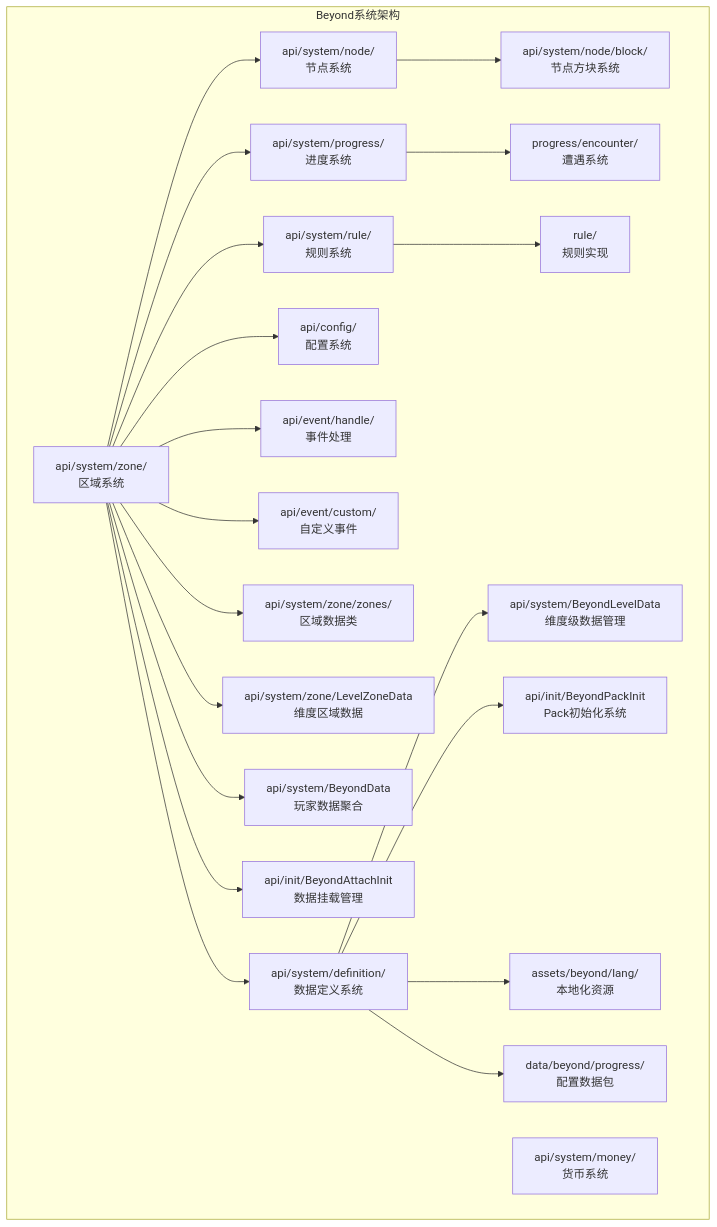
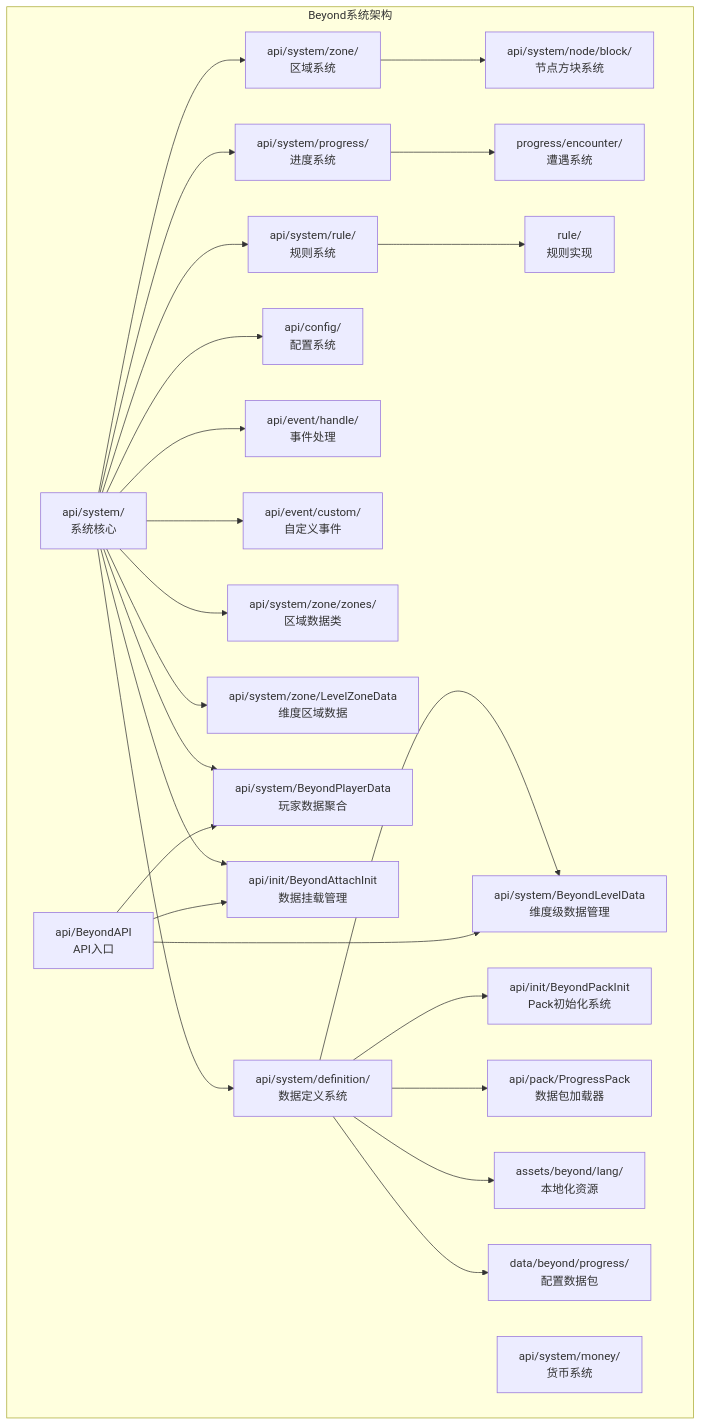
One commit to Ver-shift/SubModulesGeneHunter changed the first of 11 diagrams in .qoder/repowiki/zh/content/模块架构/Beyond安全区模块/Beyond安全区模块.md. Above: the diagram before and after it, drawn with Mermaid. The commit also changed other lines of this file and 61 other files, not shown here.

````diff
--- a/.qoder/repowiki/zh/content/模块架构/Beyond安全区模块/Beyond安全区模块.md
+++ b/.qoder/repowiki/zh/content/模块架构/Beyond安全区模块/Beyond安全区模块.md
@@ -95,43 +74,49 @@
 ```mermaid
 graph TB
 subgraph "Beyond系统架构"
-A["api/system/zone/<br/>区域系统"]
-B["api/system/node/<br/>节点系统"]
+A["api/system/<br/>系统核心"]
+B["api/system/zone/<br/>区域系统"]
 C["api/system/progress/<br/>进度系统"]
 D["api/system/rule/<br/>规则系统"]
 E["api/system/money/<br/>货币系统"]
 F["api/system/node/block/<br/>节点方块系统"]
 G["progress/encounter/<br/>遭遇系统"]
 H["rule/<br/>规则实现"]
 I["api/config/<br/>配置系统"]
 J["api/event/handle/<br/>事件处理"]
 K["api/event/custom/<br/>自定义事件"]
 L["api/system/zone/zones/<br/>区域数据类"]
 M["api/system/zone/LevelZoneData<br/>维度区域数据"]
-N["api/system/BeyondData<br/>玩家数据聚合"]
+N["api/system/BeyondPlayerData<br/>玩家数据聚合"]
 O["api/init/BeyondAttachInit<br/>数据挂载管理"]
 P["api/system/definition/<br/>数据定义系统"]
 Q["api/system/BeyondLevelData<br/>维度级数据管理"]
 R["api/init/BeyondPackInit<br/>Pack初始化系统"]
-S["assets/beyond/lang/<br/>本地化资源"]
-T["data/beyond/progress/<br/>配置数据包"]
+S["api/pack/ProgressPack<br/>数据包加载器"]
+T["assets/beyond/lang/<br/>本地化资源"]
+U["data/beyond/progress/<br/>配置数据包"]
+V["api/BeyondAPI<br/>API入口"]
 end
 A --> B
 A --> C
 A --> D
 B --> F
 C --> G
 D --> H
 A --> I
 A --> J
 A --> K
 A --> L
 A --> M
 A --> N
 A --> O
 A --> P
 P --> Q
 P --> R
 P --> S
 P --> T
+P --> U
+V --> O
+V --> Q
+V --> N
 ```
````
